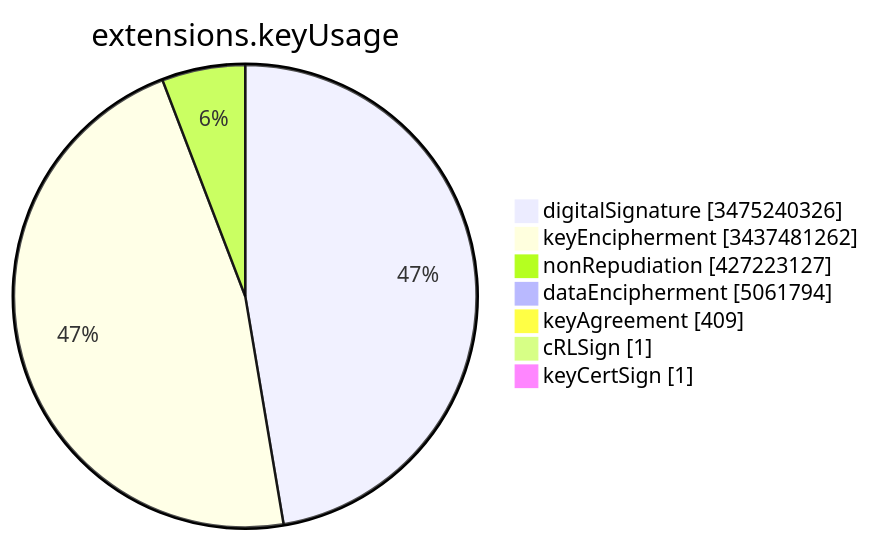
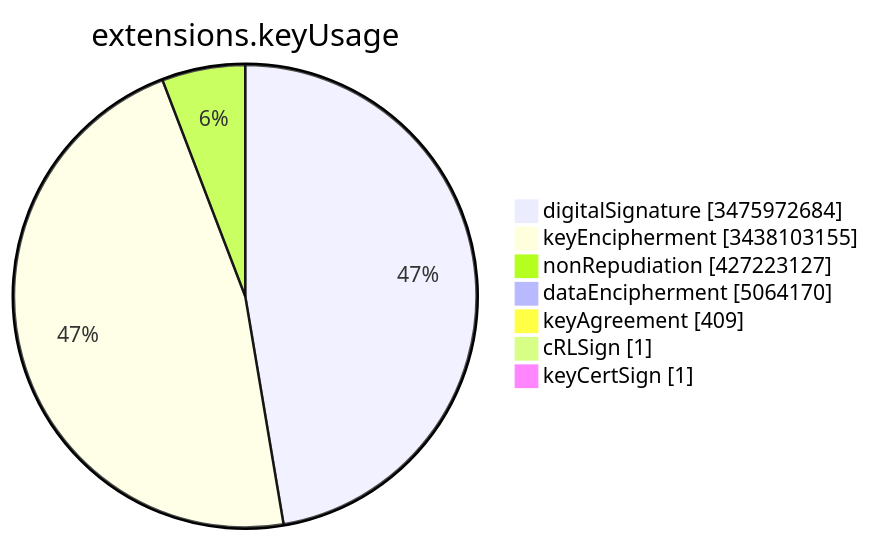
The sixth of 15 diagrams in TOTAL/README.md (christiankrug/ctmonitor_visualization), drawn with Mermaid before and after one commit. The commit also changed other lines of this file, not shown here.

````diff
--- a/TOTAL/README.md
+++ b/TOTAL/README.md
@@ -3082,11 +3082,11 @@
 ```mermaid
 pie showData
 title extensions.keyUsage
-"digitalSignature" :3475240326
-"keyEncipherment" :3437481262
+"digitalSignature" :3475972684
+"keyEncipherment" :3438103155
 "nonRepudiation" :427223127
-"dataEncipherment" :5061794
+"dataEncipherment" :5064170
 "keyAgreement" :409
 "cRLSign" :1
 "keyCertSign" :1
 ```
````
